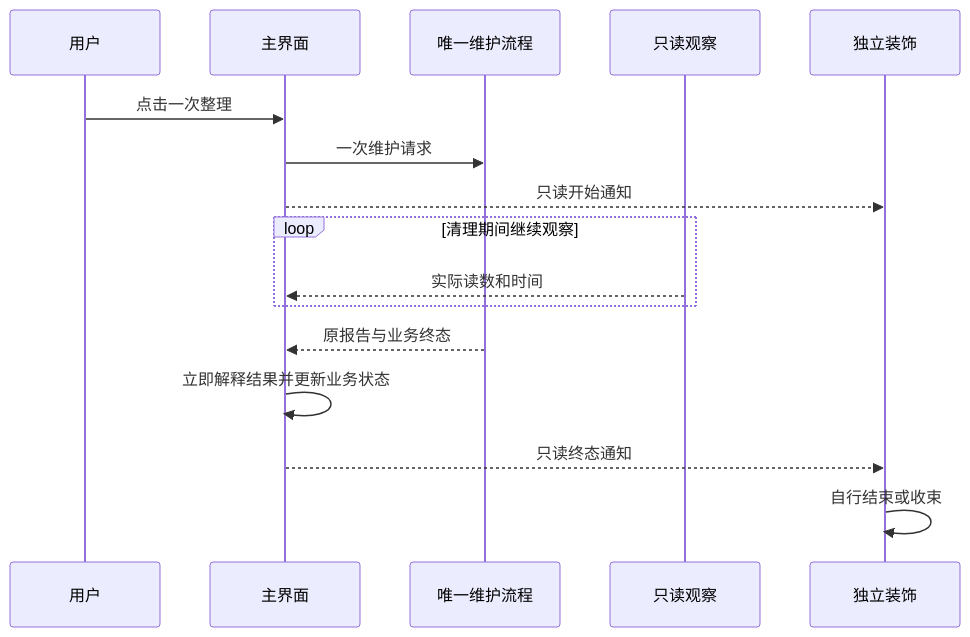
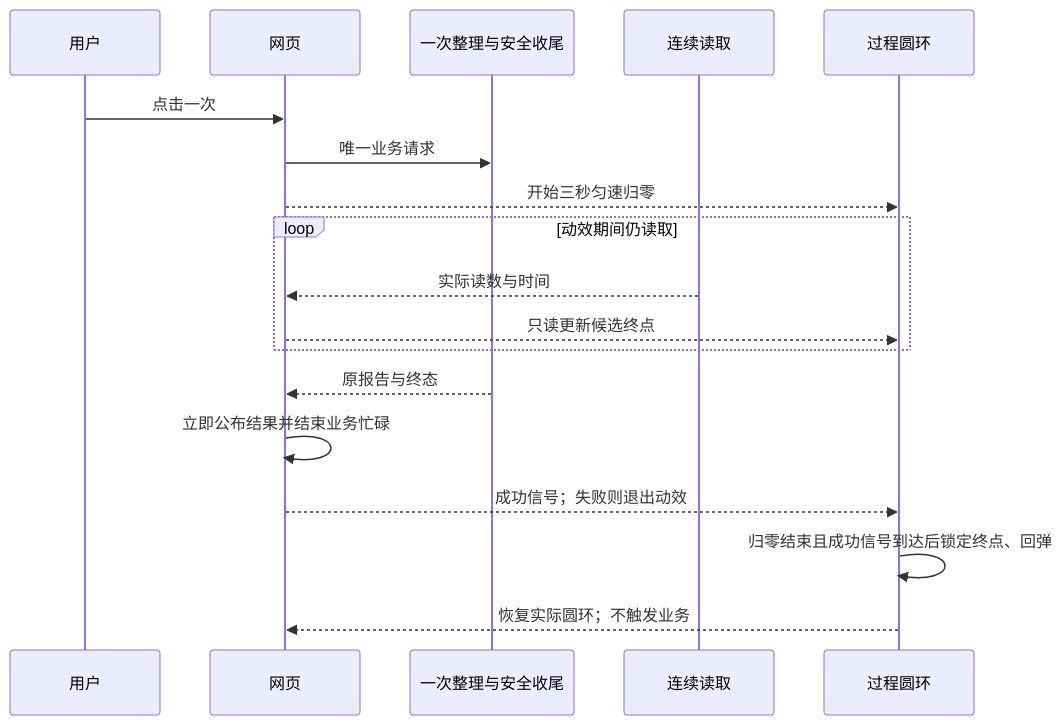
Diagram 12 of 12 in docs/架构设计 Architecture Design CPU 内存清理.md (DreamSoul-AI/cpu-memory-cleanup), drawn with Mermaid before and after one commit. The commit also changed other lines of this file and 16 other files, not shown here.

````diff
--- a/docs/架构设计 Architecture Design CPU 内存清理.md
+++ b/docs/架构设计 Architecture Design CPU 内存清理.md
@@ -518,18 +508,20 @@
 ```mermaid
 sequenceDiagram
     participant U as 用户
-    participant V as 主界面
-    participant C as 唯一维护流程
-    participant O as 只读观察
-    participant A as 独立装饰
-    U->>V: 点击一次整理
-    V->>C: 一次维护请求
-    V-->>A: 只读开始通知
-    loop 清理期间继续观察
-        O-->>V: 实际读数和时间
+    participant V as 网页
+    participant J as 一次整理与安全收尾
+    participant O as 连续读取
+    participant A as 过程圆环
+    U->>V: 点击一次
+    V->>J: 唯一业务请求
+    V-->>A: 开始三秒匀速归零
+    loop 动效期间仍读取
+        O-->>V: 实际读数与时间
+        V-->>A: 只读更新候选终点
     end
-    C-->>V: 原报告与业务终态
-    V->>V: 立即解释结果并更新业务状态
-    V-->>A: 只读终态通知
-    A->>A: 自行结束或收束
+    J-->>V: 原报告与终态
+    V->>V: 立即公布结果并结束业务忙碌
+    V-->>A: 成功信号；失败则退出动效
+    A->>A: 归零结束且成功信号到达后锁定终点、回弹
+    A-->>V: 恢复实际圆环；不触发业务
 ```
````
